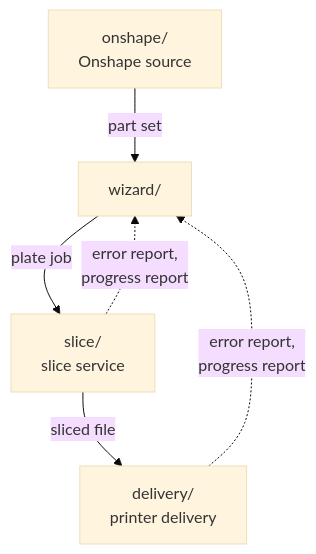
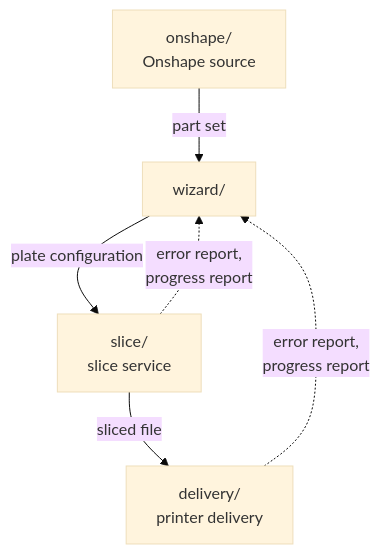
The diagram in docs/plans/2026-11-19-penguin-slicer-restart-plan.md (6238/PenguinSlicer), drawn with Mermaid (base theme) before and after one commit. The commit also changed other lines of this file and 20 other files, not shown here.

````diff
--- a/docs/plans/2026-11-19-penguin-slicer-restart-plan.md
+++ b/docs/plans/2026-11-19-penguin-slicer-restart-plan.md
@@ -116,8 +126,8 @@
 ```mermaid
 flowchart TB
     on["onshape/<br/>Onshape source"] -->|"part set"| wz["wizard/"]
-    wz -->|"plate job"| sl["slice/<br/>slice service"]
+    wz -->|"plate configuration"| sl["slice/<br/>slice service"]
     sl -->|"sliced file"| de["delivery/<br/>printer delivery"]
     sl -.->|"error report,<br/>progress report"| wz
     de -.->|"error report,<br/>progress report"| wz
 ```
````
